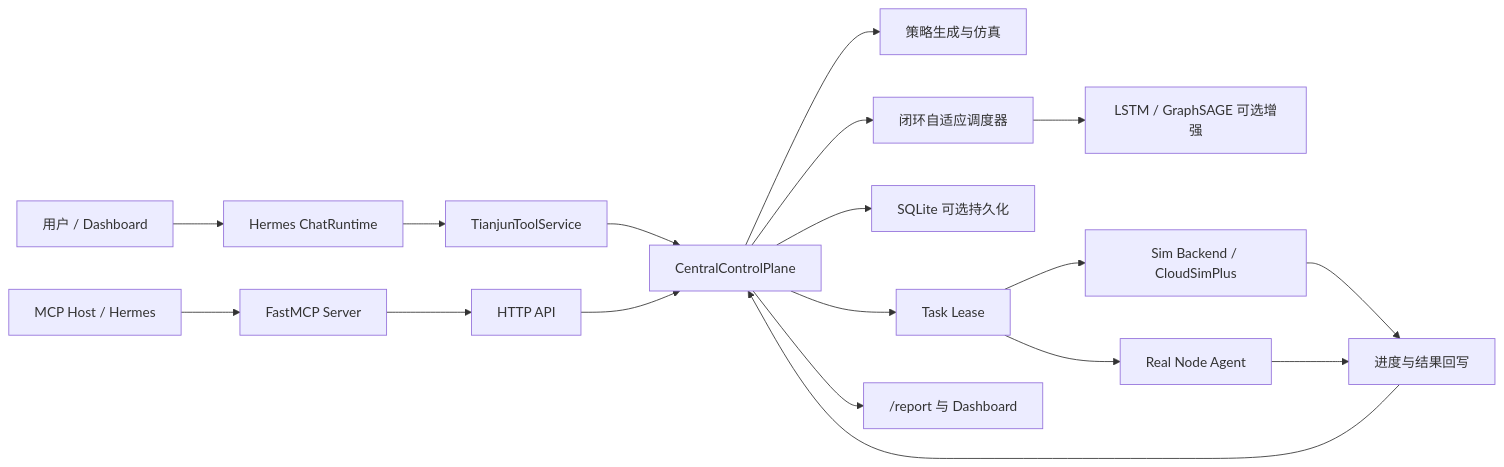
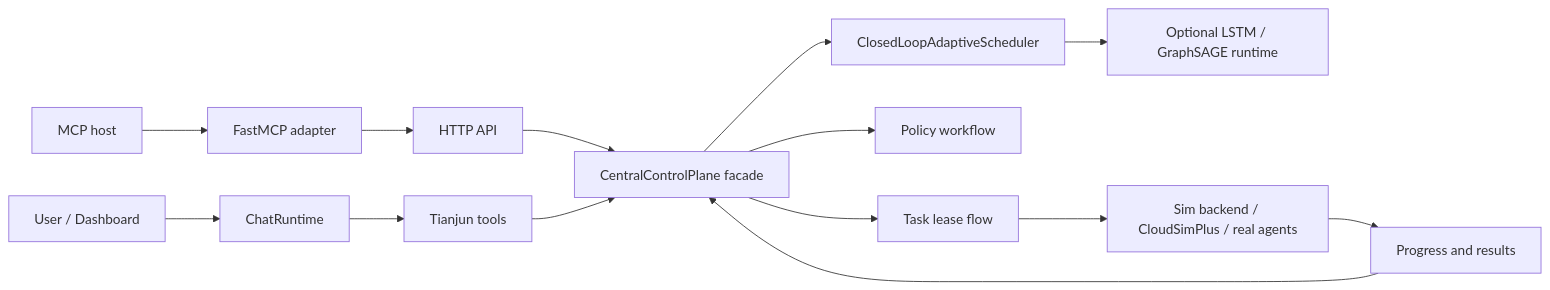
One commit to diputs18/Tianjun-Engine changed the diagram in README.md. Above: the diagram before and after it, drawn with Mermaid. The commit also changed other lines of this file and 37 other files, not shown here.

````diff
--- a/README.md
+++ b/README.md
@@ -140,20 +73,16 @@
 ```mermaid
 flowchart LR
-    U["用户 / Dashboard"] --> C["Hermes ChatRuntime"]
-    H["MCP Host / Hermes"] --> M["FastMCP Server"]
-    M --> A["HTTP API"]
-    C --> T["TianjunToolService"]
-    T --> CP["CentralControlPlane"]
-    A --> CP
-    CP --> P["策略生成与仿真"]
-    CP --> S["闭环自适应调度器"]
-    S --> ML["LSTM / GraphSAGE 可选增强"]
-    CP --> DB["SQLite 可选持久化"]
-    CP --> L["Task Lease"]
-    L --> SIM["Sim Backend / CloudSimPlus"]
-    L --> REAL["Real Node Agent"]
-    SIM --> R["进度与结果回写"]
-    REAL --> R
-    R --> CP
-    CP --> D["/report 与 Dashboard"]
+    User["User / Dashboard"] --> Chat["ChatRuntime"]
+    MCP["MCP host"] --> MCPServer["FastMCP adapter"]
+    Chat --> Tools["Tianjun tools"]
+    MCPServer --> HTTP["HTTP API"]
+    HTTP --> CP["CentralControlPlane facade"]
+    Tools --> CP
+    CP --> Scheduler["ClosedLoopAdaptiveScheduler"]
+    CP --> Policy["Policy workflow"]
+    CP --> Leases["Task lease flow"]
+    Scheduler --> ML["Optional LSTM / GraphSAGE runtime"]
+    Leases --> Agents["Sim backend / CloudSimPlus / real agents"]
+    Agents --> Results["Progress and results"]
+    Results --> CP
 ```
````
